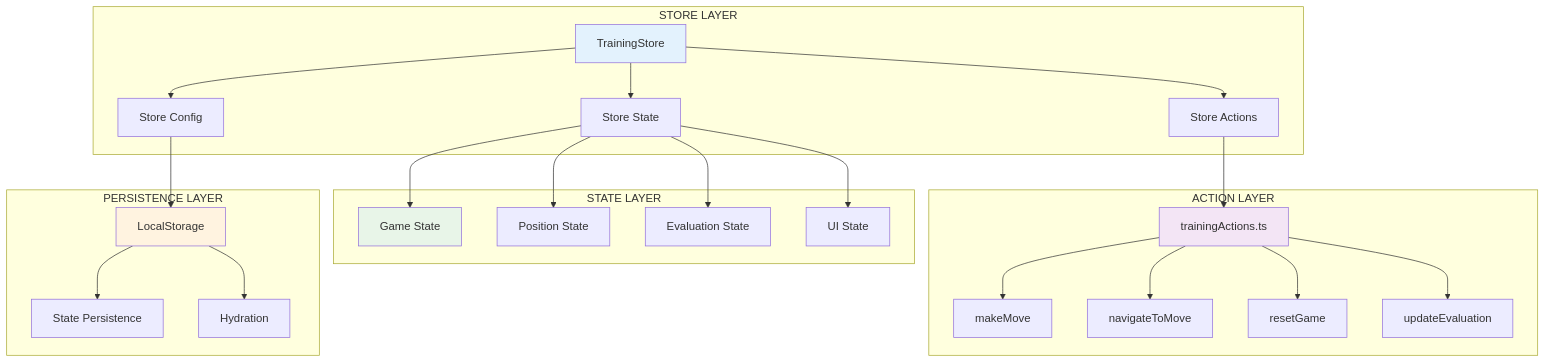
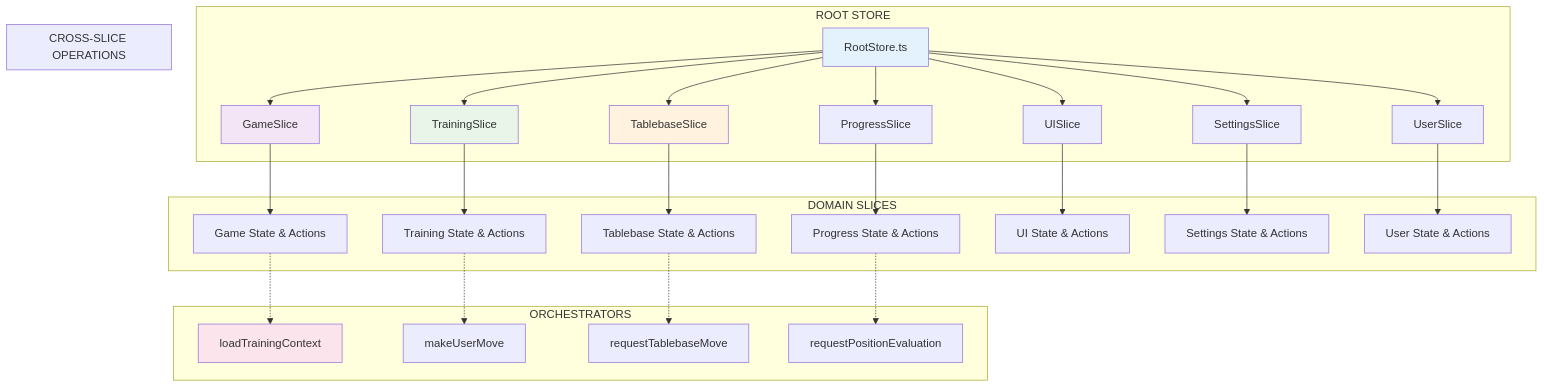
The diagram in docs/patterns/ZUSTAND_PATTERNS.md (thehugegatsby/ChessEndgameTrainer), drawn with Mermaid before and after one commit. The commit also changed other lines of this file and 7 other files, not shown here.

First line of the commit message:
docs: update all documentation for Phase 8 Domain-Specific Slices Architecture

````diff
--- a/docs/patterns/ZUSTAND_PATTERNS.md
+++ b/docs/patterns/ZUSTAND_PATTERNS.md
@@ -11,51 +13,43 @@
 ```mermaid
 graph TB
-    subgraph "STORE LAYER"
-        A[TrainingStore]
-        B[Store State]
-        C[Store Actions]
-        D[Store Config]
+    subgraph "ROOT STORE"
+        RS[RootStore.ts]
+        RS --> GS[GameSlice]
+        RS --> TS[TrainingSlice]
+        RS --> TBS[TablebaseSlice]
+        RS --> PS[ProgressSlice]
+        RS --> US[UISlice]
+        RS --> SS[SettingsSlice]
+        RS --> URS[UserSlice]
     end
 
-    subgraph "ACTION LAYER"
-        E[trainingActions.ts]
-        F[makeMove]
-        G[navigateToMove]
-        H[resetGame]
-        I[updateEvaluation]
+    subgraph "DOMAIN SLICES"
+        GS --> GSA[Game State & Actions]
+        TS --> TSA[Training State & Actions]
+        TBS --> TBSA[Tablebase State & Actions]
+        PS --> PSA[Progress State & Actions]
+        US --> USA[UI State & Actions]
+        SS --> SSA[Settings State & Actions]
+        URS --> URSA[User State & Actions]
     end
 
-    subgraph "STATE LAYER"
-        J[Game State]
-        K[Position State]
-        L[Evaluation State]
-        M[UI State]
+    subgraph "ORCHESTRATORS"
+        O1[loadTrainingContext]
+        O2[makeUserMove]
+        O3[requestTablebaseMove]
+        O4[requestPositionEvaluation]
     end
 
-    subgraph "PERSISTENCE LAYER"
-        N[LocalStorage]
-        O[State Persistence]
-        P[Hydration]
+    subgraph "CROSS-SLICE OPERATIONS"
+        GSA -.-> O1
+        TSA -.-> O2
+        TBSA -.-> O3
+        PSA -.-> O4
     end
 
-    A --> B
-    A --> C
-    A --> D
-    C --> E
-    E --> F
-    E --> G
-    E --> H
-    E --> I
-    B --> J
-    B --> K
-    B --> L
-    B --> M
-    D --> N
-    N --> O
-    N --> P
-
-    style A fill:#e3f2fd
-    style E fill:#f3e5f5
-    style J fill:#e8f5e8
-    style N fill:#fff3e0
+    style RS fill:#e3f2fd
+    style GS fill:#f3e5f5
+    style TS fill:#e8f5e8
+    style TBS fill:#fff3e0
+    style O1 fill:#fce4ec
 ```
````
